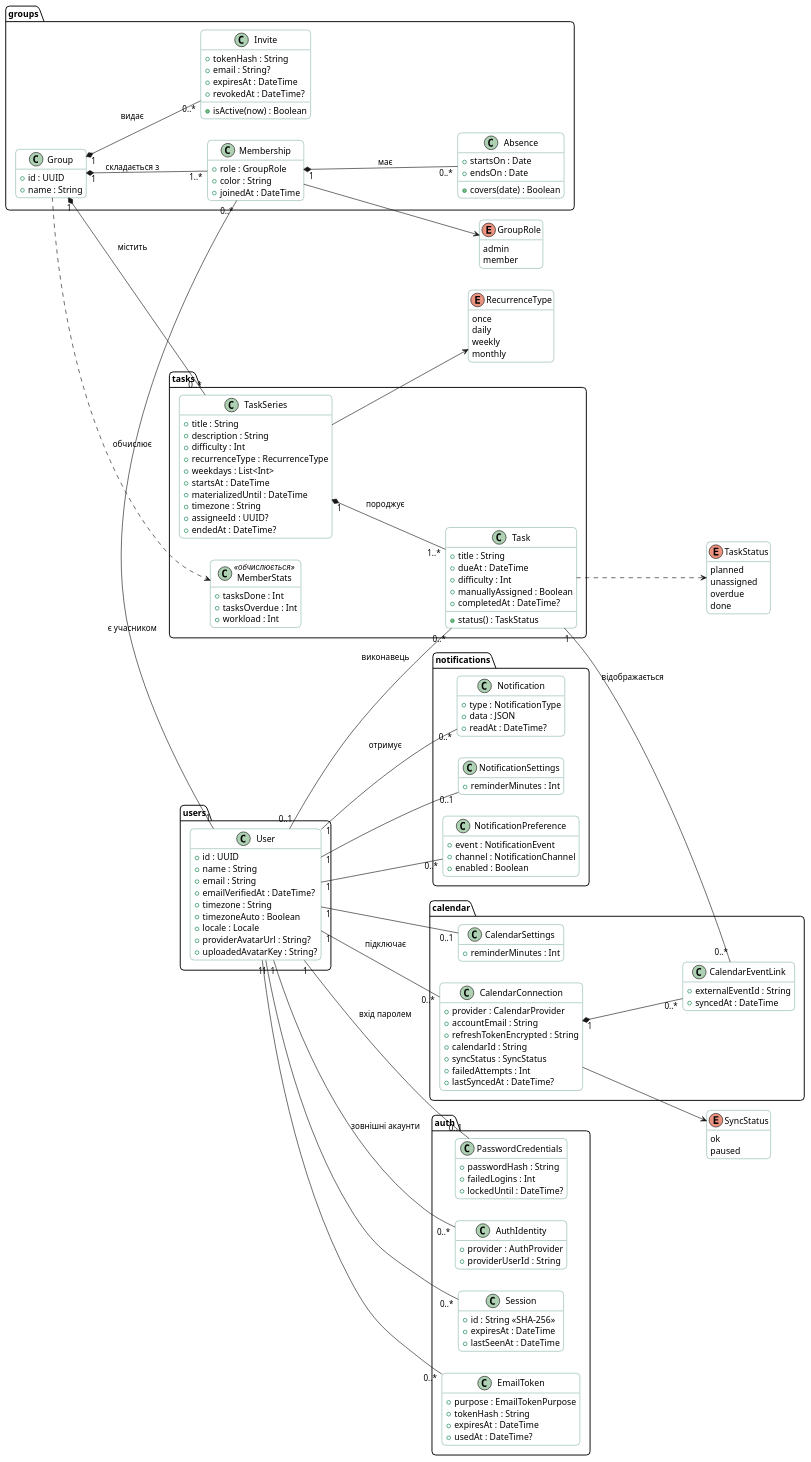
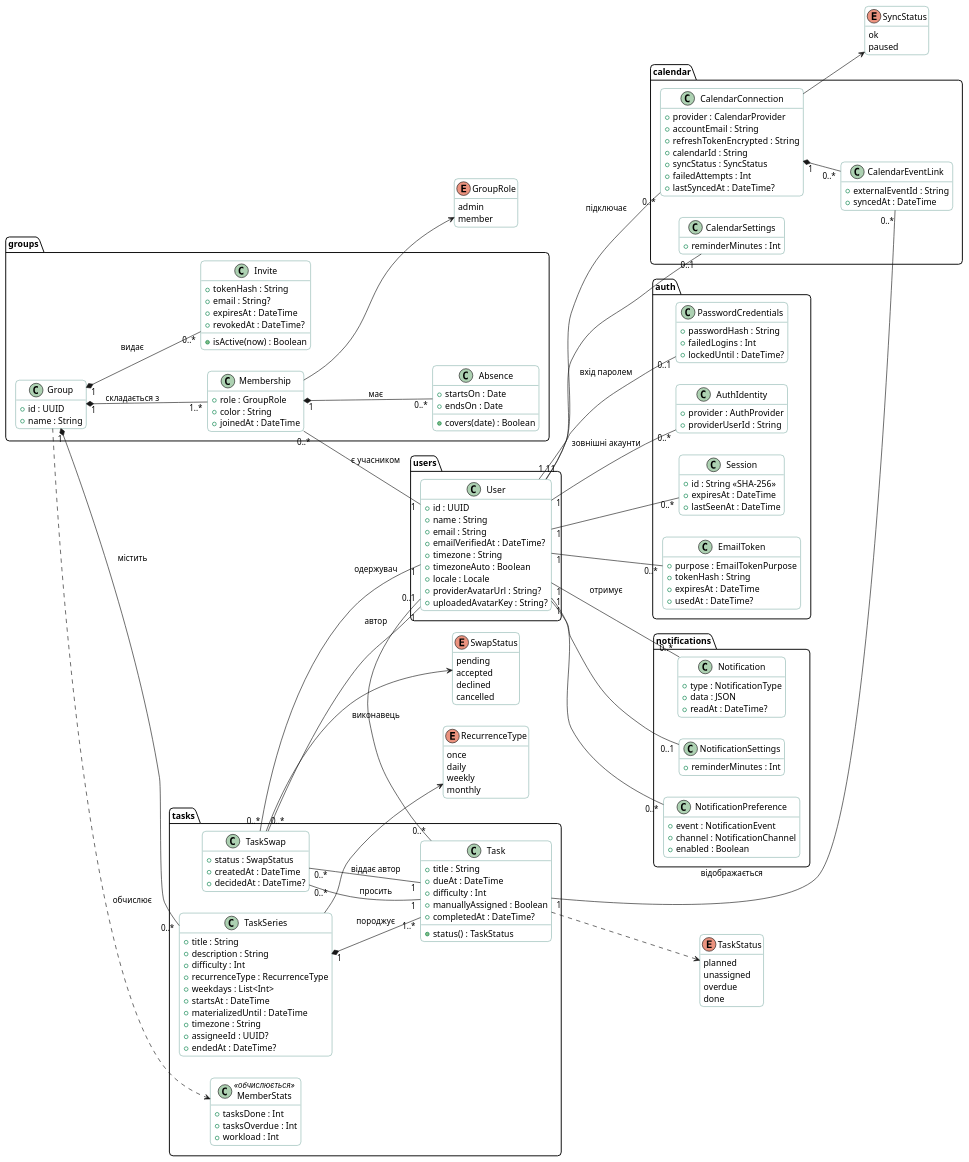
Before and after one commit to mzabrodin/Errandly: the diagram in docs/diagrams/class/domain-model.puml, drawn with PlantUML. The commit also changed 14 other files, not shown here.

```diff
--- a/docs/diagrams/class/domain-model.puml
+++ b/docs/diagrams/class/domain-model.puml
@@ -1,184 +1,200 @@
 @startuml domain-model
 skinparam shadowing false
 skinparam defaultFontName "Inter, Segoe UI, Arial"
 skinparam TitleFontStyle bold
 skinparam RoundCorner 12
 skinparam ClassBackgroundColor #FFFFFF
 skinparam ClassBorderColor #1F6F64
 skinparam ObjectBackgroundColor #FFFFFF
 skinparam ObjectBorderColor #1F6F64
 skinparam ComponentBackgroundColor #FFFFFF
 skinparam ComponentBorderColor #1F6F64
 skinparam NoteBackgroundColor #FFFFE0
 hide empty methods
 left to right direction
 
 package users {
   class User {
     +id : UUID
     +name : String
     +email : String
     +emailVerifiedAt : DateTime?
     +timezone : String
     +timezoneAuto : Boolean
     +locale : Locale
     +providerAvatarUrl : String?
     +uploadedAvatarKey : String?
   }
 }
 
 package auth {
   class PasswordCredentials {
     +passwordHash : String
     +failedLogins : Int
     +lockedUntil : DateTime?
   }
   class AuthIdentity {
     +provider : AuthProvider
     +providerUserId : String
   }
   class Session {
     +id : String <<SHA-256>>
     +expiresAt : DateTime
     +lastSeenAt : DateTime
   }
   class EmailToken {
     +purpose : EmailTokenPurpose
     +tokenHash : String
     +expiresAt : DateTime
     +usedAt : DateTime?
   }
 }
 
 package groups {
   class Group {
     +id : UUID
     +name : String
   }
   class Membership {
     +role : GroupRole
     +color : String
     +joinedAt : DateTime
   }
   class Absence {
     +startsOn : Date
     +endsOn : Date
     +covers(date) : Boolean
   }
   class Invite {
     +tokenHash : String
     +email : String?
     +expiresAt : DateTime
     +revokedAt : DateTime?
     +isActive(now) : Boolean
   }
 }
 
 package tasks {
   class TaskSeries {
     +title : String
     +description : String
     +difficulty : Int
     +recurrenceType : RecurrenceType
     +weekdays : List<Int>
     +startsAt : DateTime
     +materializedUntil : DateTime
     +timezone : String
     +assigneeId : UUID?
     +endedAt : DateTime?
   }
   class Task {
     +title : String
     +dueAt : DateTime
     +difficulty : Int
     +manuallyAssigned : Boolean
     +completedAt : DateTime?
     +status() : TaskStatus
   }
+  class TaskSwap {
+    +status : SwapStatus
+    +createdAt : DateTime
+    +decidedAt : DateTime?
+  }
   class MemberStats <<обчислюється>> {
     +tasksDone : Int
     +tasksOverdue : Int
     +workload : Int
   }
 }
 
 package notifications {
   class Notification {
     +type : NotificationType
     +data : JSON
     +readAt : DateTime?
   }
   class NotificationSettings {
     +reminderMinutes : Int
   }
   class NotificationPreference {
     +event : NotificationEvent
     +channel : NotificationChannel
     +enabled : Boolean
   }
 }
 
 package calendar {
   class CalendarConnection {
     +provider : CalendarProvider
     +accountEmail : String
     +refreshTokenEncrypted : String
     +calendarId : String
     +syncStatus : SyncStatus
     +failedAttempts : Int
     +lastSyncedAt : DateTime?
   }
   class CalendarSettings {
     +reminderMinutes : Int
   }
   class CalendarEventLink {
     +externalEventId : String
     +syncedAt : DateTime
   }
 }
 
 enum GroupRole {
   admin
   member
 }
 enum TaskStatus {
   planned
   unassigned
   overdue
   done
 }
 enum RecurrenceType {
   once
   daily
   weekly
   monthly
 }
+enum SwapStatus {
+  pending
+  accepted
+  declined
+  cancelled
+}
 enum SyncStatus {
   ok
   paused
 }
 
 User "1" -- "0..1" PasswordCredentials : вхід паролем
 User "1" -- "0..*" AuthIdentity : зовнішні акаунти
 User "1" -- "0..*" Session
 User "1" -- "0..*" EmailToken
 User "1" -- "0..*" Membership : є учасником
 Group "1" *-- "1..*" Membership : складається з
 Membership "1" *-- "0..*" Absence : має
 Group "1" *-- "0..*" Invite : видає
 Group "1" *-- "0..*" TaskSeries : містить
 TaskSeries "1" *-- "1..*" Task : породжує
 Task "0..*" -- "0..1" User : виконавець
+TaskSwap "0..*" -- "1" Task : віддає автор
+TaskSwap "0..*" -- "1" Task : просить
+TaskSwap "0..*" -- "1" User : автор
+TaskSwap "0..*" -- "1" User : одержувач
 Group ..> MemberStats : обчислює
 User "1" -- "0..*" Notification : отримує
 User "1" -- "0..1" NotificationSettings
 User "1" -- "0..*" NotificationPreference
 User "1" -- "0..1" CalendarSettings
 User "1" -- "0..*" CalendarConnection : підключає
 CalendarConnection "1" *-- "0..*" CalendarEventLink
 Task "1" -- "0..*" CalendarEventLink : відображається
 Membership --> GroupRole
 Task ..> TaskStatus
 TaskSeries --> RecurrenceType
+TaskSwap --> SwapStatus
 CalendarConnection --> SyncStatus
 @enduml
```
